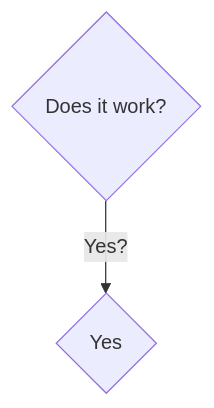
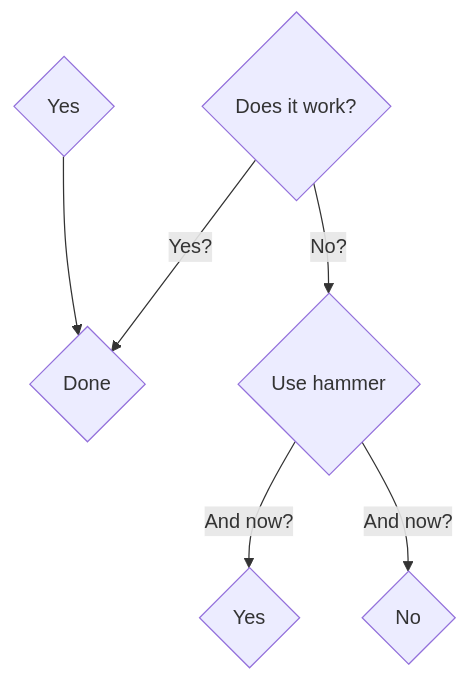
The diagram in README.md (ch3ll0v3k/ch3ll0v3k.github.io), drawn with Mermaid before and after one commit.

Commit message:
"mermaid flowchart/flowchart test"

````diff
--- a/README.md
+++ b/README.md
@@ -4,4 +4,9 @@
 ```mermaid
 flowchart TD;
-  start{Does it work?} -- Yes? --> start_y{Yes};
+  start{Does it work?} -- Yes? --> jobDone{Done};
+  start{Does it work?} -- No? --> no_1{Use hammer};
+  no_1{Use hammer} -- And now? --> yes_1{Yes};
+  no_1{Use hammer} -- And now? --> no_2{No};
+  yes{Yes} --> jobDone{Done}
+
 ```
````
